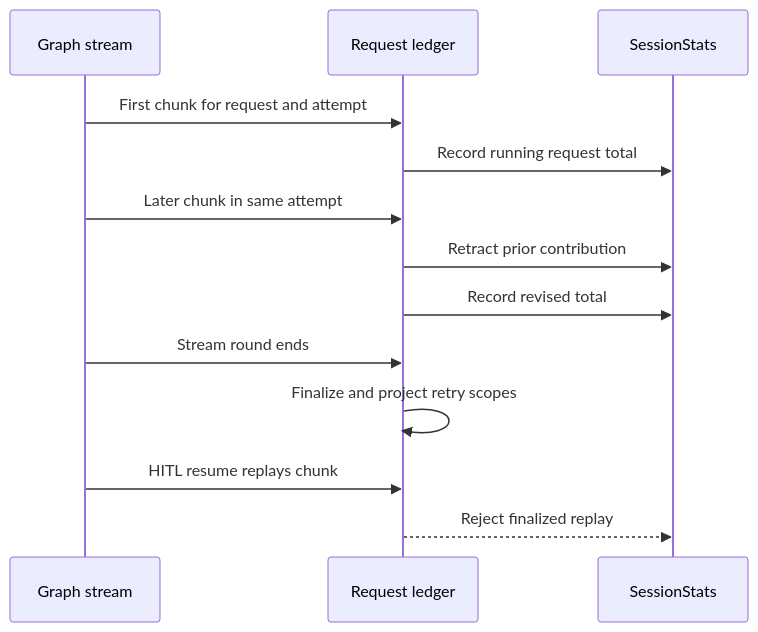
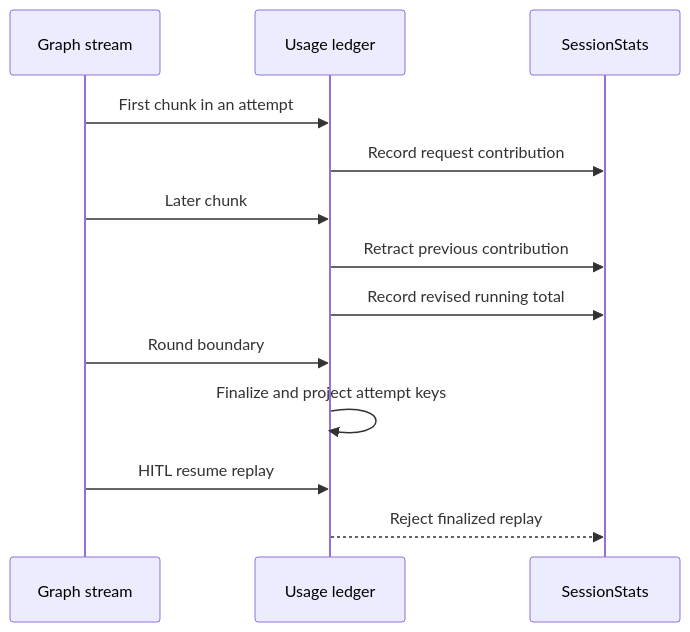
One commit to jkennedyvz/deepagents changed the second of 2 diagrams in openwiki/operations/cost-and-sessions.md. Above: the diagram before and after it, drawn with Mermaid. The commit also changed other lines of this file and 63 other files, not shown here.

````diff
--- a/openwiki/operations/cost-and-sessions.md
+++ b/openwiki/operations/cost-and-sessions.md
@@ -106,15 +106,15 @@
 ```mermaid
 sequenceDiagram
-    participant Stream as Graph stream
-    participant Ledger as Request ledger
+    participant Graph as Graph stream
+    participant Ledger as Usage ledger
     participant Stats as SessionStats
-    Stream->>Ledger: First chunk for request and attempt
-    Ledger->>Stats: Record running request total
-    Stream->>Ledger: Later chunk in same attempt
-    Ledger->>Stats: Retract prior contribution
-    Ledger->>Stats: Record revised total
-    Stream->>Ledger: Stream round ends
-    Ledger->>Ledger: Finalize and project retry scopes
-    Stream->>Ledger: HITL resume replays chunk
+    Graph->>Ledger: First chunk in an attempt
+    Ledger->>Stats: Record request contribution
+    Graph->>Ledger: Later chunk
+    Ledger->>Stats: Retract previous contribution
+    Ledger->>Stats: Record revised running total
+    Graph->>Ledger: Round boundary
+    Ledger->>Ledger: Finalize and project attempt keys
+    Graph->>Ledger: HITL resume replay
     Ledger-->>Stats: Reject finalized replay
 ```
````
